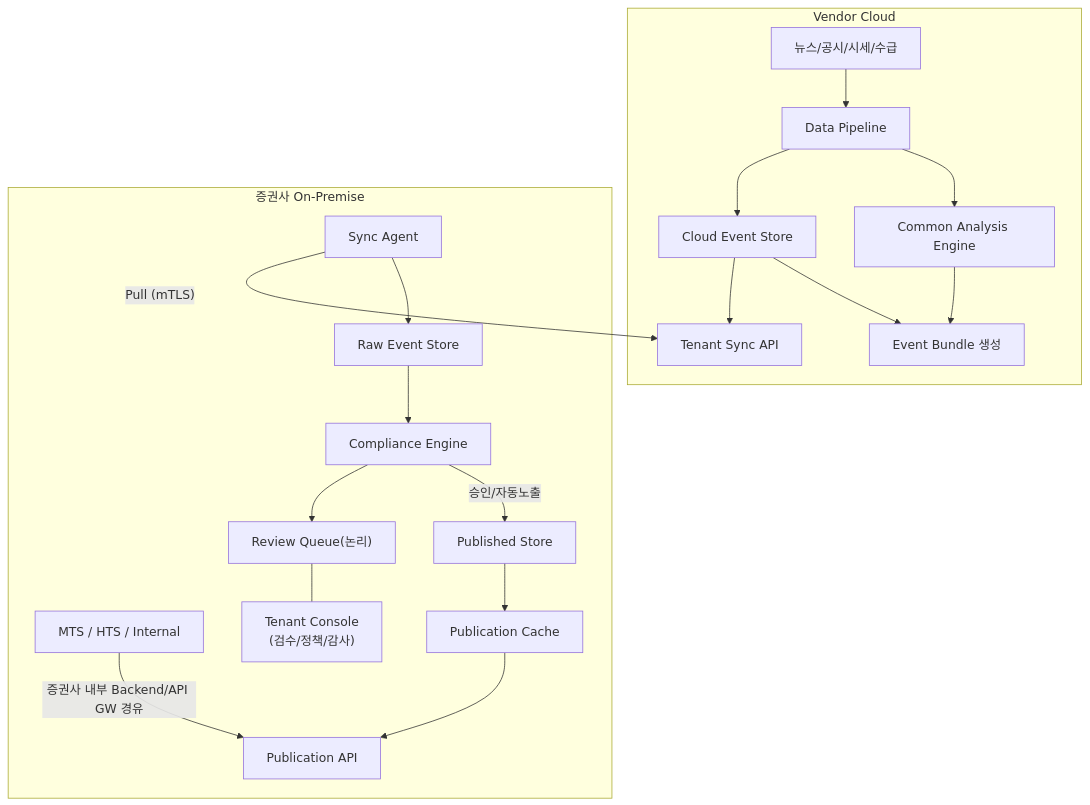
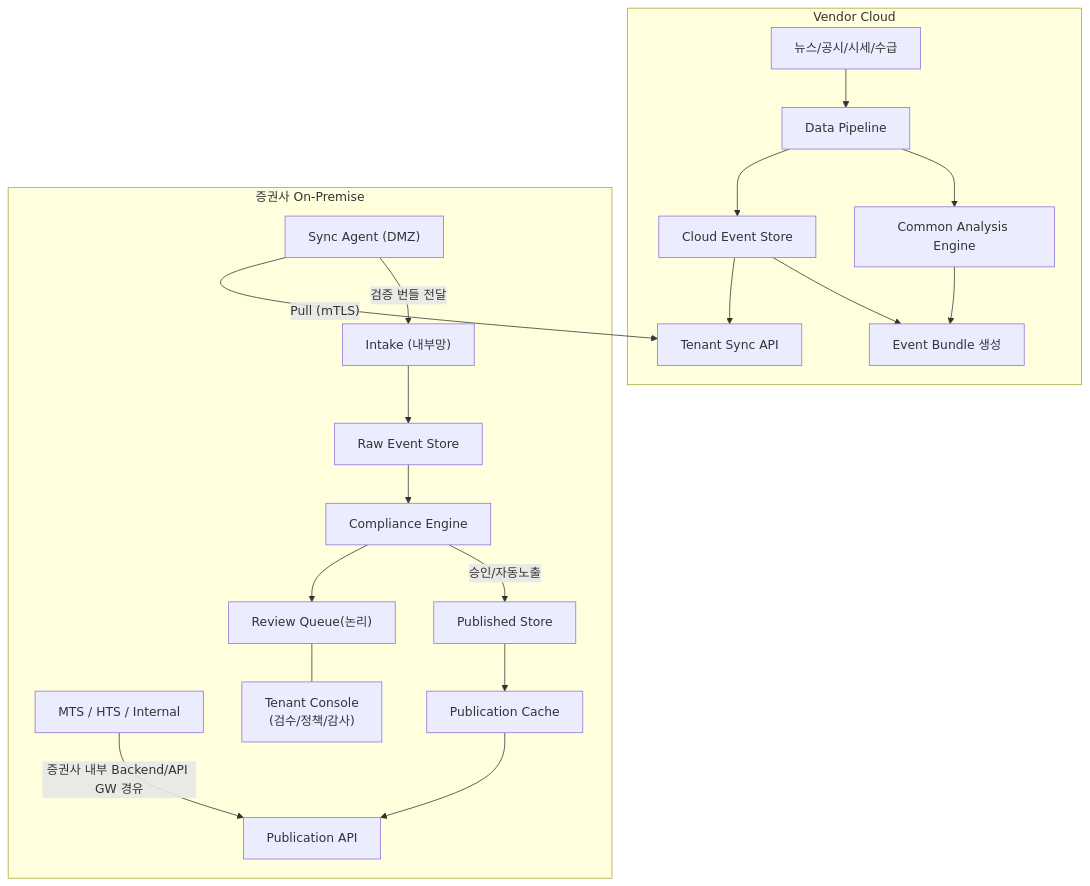
The diagram in docs/context.md (alphaeveryday/edge), drawn with Mermaid before and after one commit. The commit also changed other lines of this file and 12 other files, not shown here.

````diff
--- a/docs/context.md
+++ b/docs/context.md
@@ -53,21 +53,22 @@
 ```mermaid
 flowchart TB
     subgraph cloud["Vendor Cloud"]
         SRC["뉴스/공시/시세/수급"] --> DP["Data Pipeline"]
         DP --> CAE["Common Analysis Engine"]
         DP --> CES["Cloud Event Store"]
         CAE --> EB["Event Bundle 생성"]
         CES --> EB
         CES --> TSA["Tenant Sync API"]
     end
     subgraph onprem["증권사 On-Premise"]
         MTS["MTS / HTS / Internal"] -->|증권사 내부 Backend/API GW 경유| SVA["Publication API"]
         PS["Published Store"] --> SC["Publication Cache"] --> SVA
-        SA["Sync Agent"] --> RES["Raw Event Store"]
+        SA["Sync Agent (DMZ)"] -->|"검증 번들 전달"| IN["Intake (내부망)"]
+        IN --> RES["Raw Event Store"]
         RES --> CE["Compliance Engine"]
         CE -->|승인/자동노출| PS
         CE --> RQ["Review Queue(논리)"]
         RQ --- TC["Tenant Console<br/>(검수/정책/감사)"]
     end
     SA -->|"Pull (mTLS)"| TSA
 ```
````
